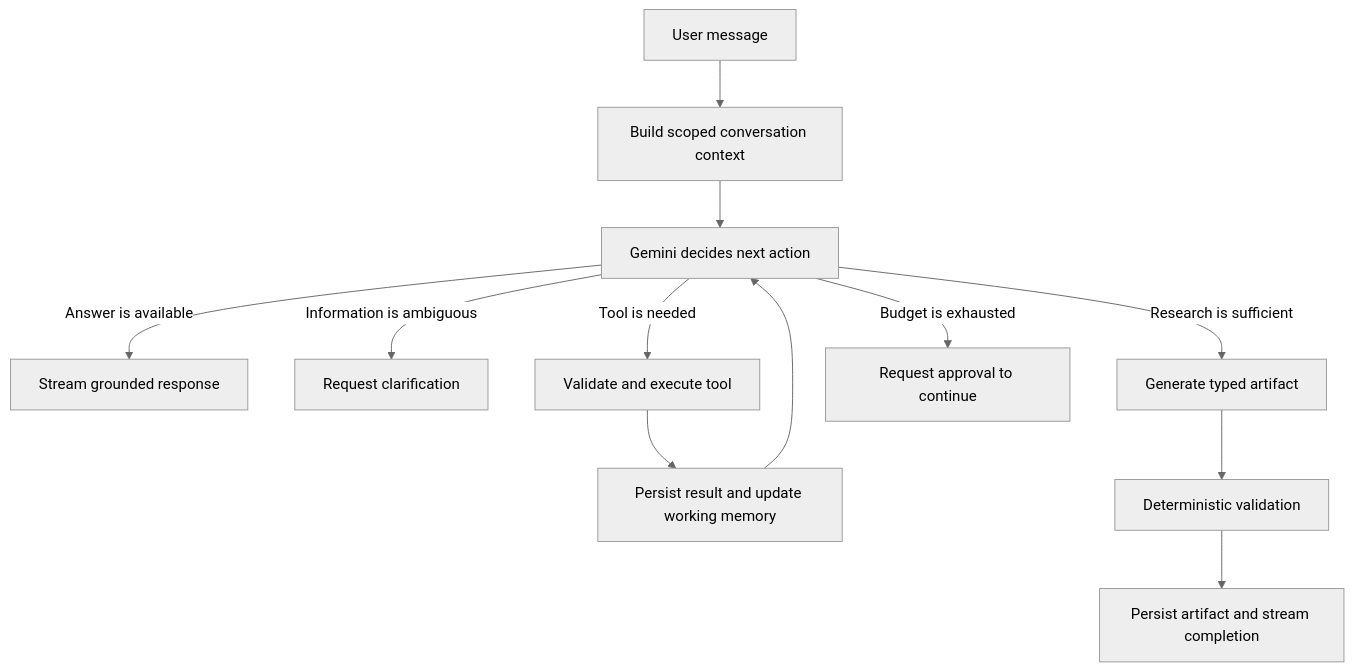
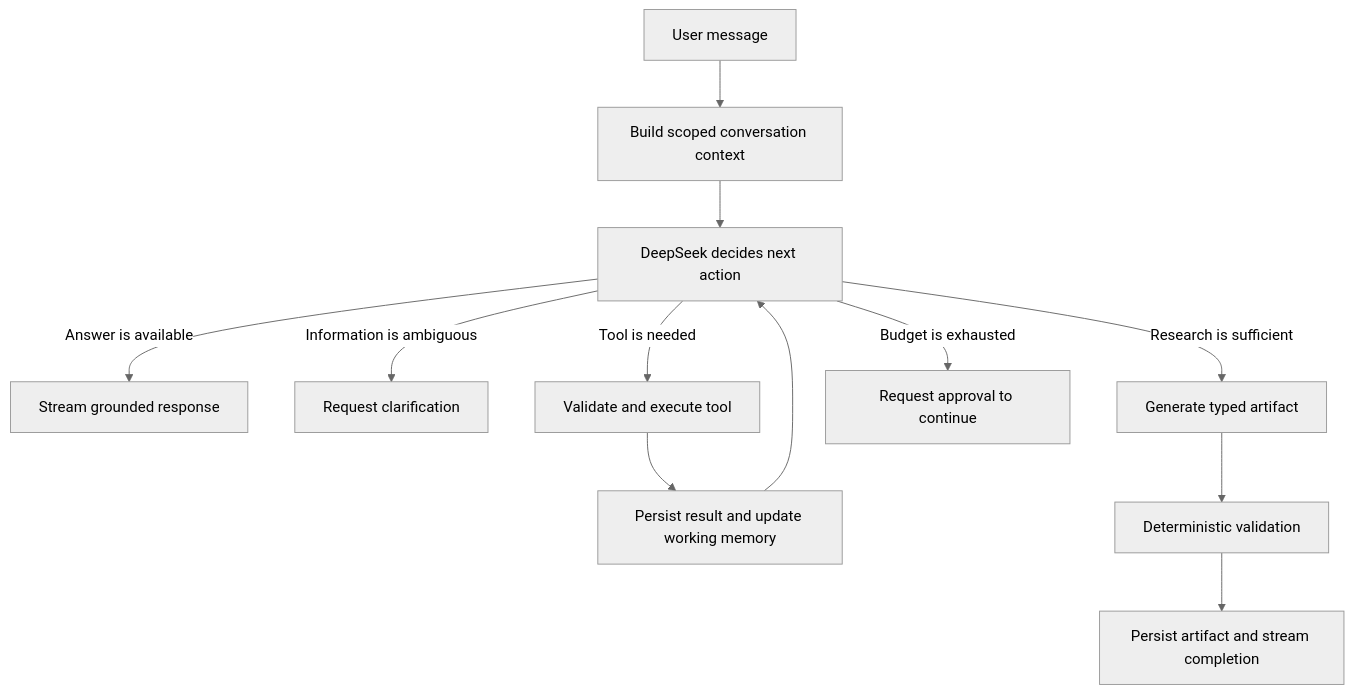
Before and after one commit to Sebalin2003/Company-Research-Agent: the diagram in PRD.md, drawn with Mermaid (neutral theme). The commit also changed other lines of this file and 35 other files, not shown here.

````diff
--- a/PRD.md
+++ b/PRD.md
@@ -163,14 +164,14 @@
 ```mermaid
 flowchart TD
     A["User message"] --> B["Build scoped conversation context"]
-    B --> C["Gemini decides next action"]
+    B --> C["DeepSeek decides next action"]
     C -->|"Answer is available"| D["Stream grounded response"]
     C -->|"Information is ambiguous"| E["Request clarification"]
     C -->|"Tool is needed"| F["Validate and execute tool"]
     F --> G["Persist result and update working memory"]
     G --> C
     C -->|"Research is sufficient"| H["Generate typed artifact"]
     H --> I["Deterministic validation"]
     I --> J["Persist artifact and stream completion"]
     C -->|"Budget is exhausted"| K["Request approval to continue"]
 ```
````
